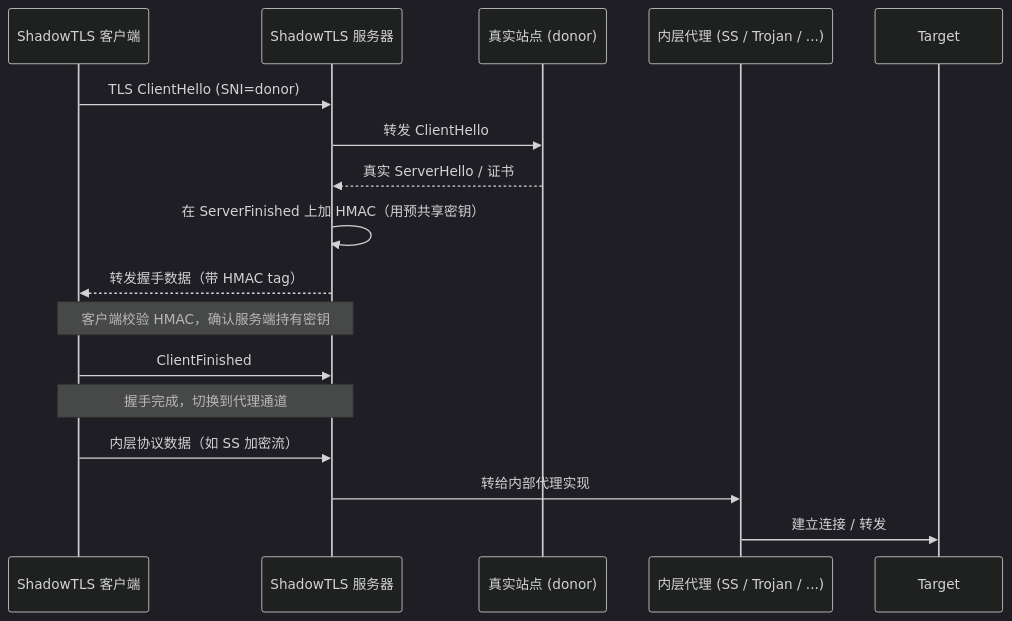
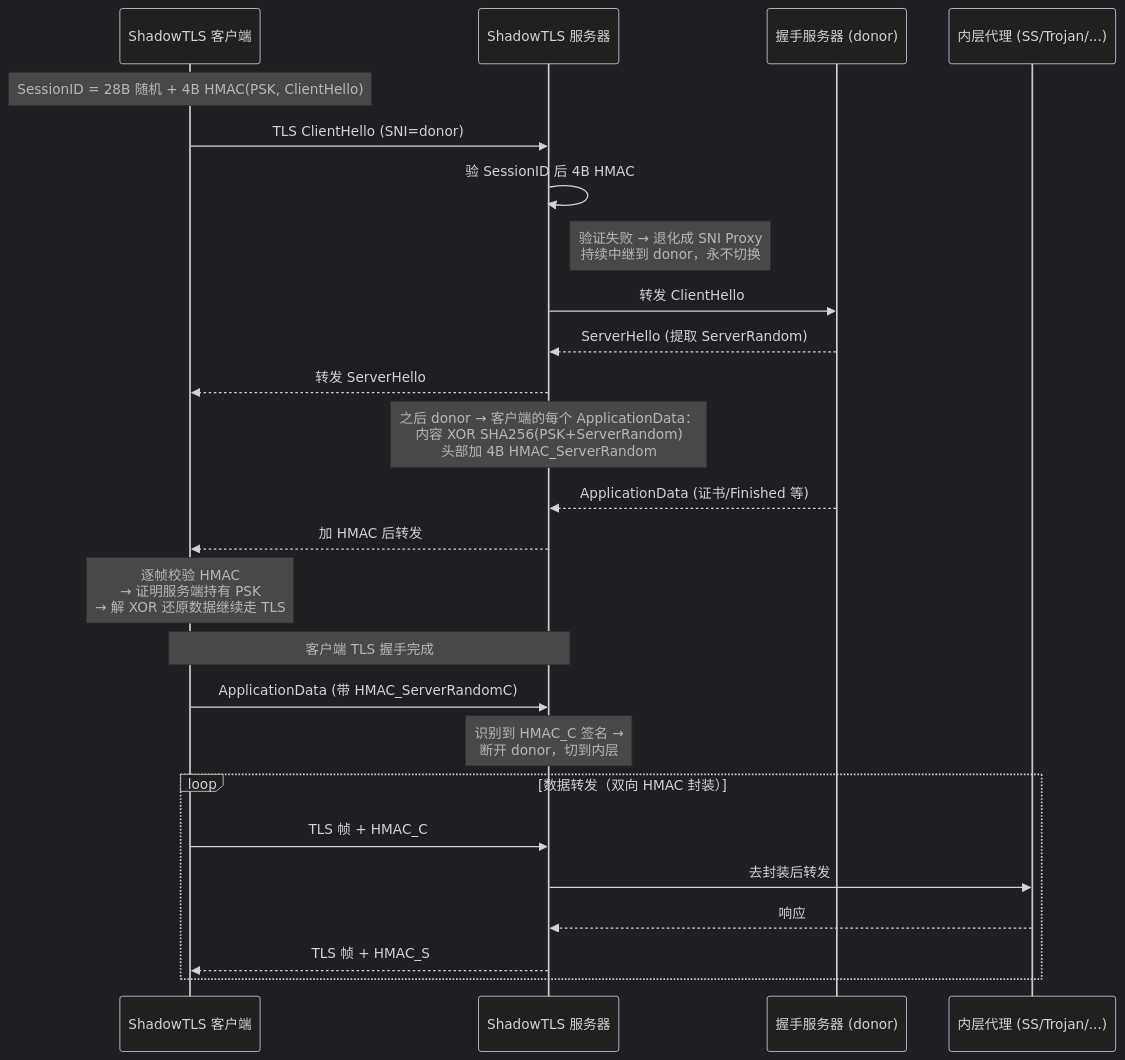
One commit to asukaonly/asukaonly.github.io changed the tenth of 12 diagrams in content/posts/other/代理协议全流程解析.md. Above: the diagram before and after it, drawn with Mermaid (dark theme). The commit also changed other lines of this file, not shown here.

````diff
--- a/content/posts/other/代理协议全流程解析.md
+++ b/content/posts/other/代理协议全流程解析.md
@@ -761,23 +780,33 @@
 ```mermaid
 sequenceDiagram
     participant Local as ShadowTLS 客户端
     participant Remote as ShadowTLS 服务器
-    participant Donor as 真实站点 (donor)
-    participant Inner as 内层代理 (SS / Trojan / ...)
+    participant Donor as 握手服务器 (donor)
+    participant Inner as 内层代理 (SS/Trojan/...)
 
+    Note over Local: SessionID = 28B 随机 + 4B HMAC(PSK, ClientHello)
     Local->>Remote: TLS ClientHello (SNI=donor)
+    Remote->>Remote: 验 SessionID 后 4B HMAC
+    Note right of Remote: 验证失败 → 退化成 SNI Proxy<br/>持续中继到 donor，永不切换
     Remote->>Donor: 转发 ClientHello
-    Donor-->>Remote: 真实 ServerHello / 证书
-    Remote->>Remote: 在 ServerFinished 上加 HMAC（用预共享密钥）
-    Remote-->>Local: 转发握手数据（带 HMAC tag）
+    Donor-->>Remote: ServerHello (提取 ServerRandom)
+    Remote-->>Local: 转发 ServerHello
 
-    Note over Local,Remote: 客户端校验 HMAC，确认服务端持有密钥
+    Note over Remote: 之后 donor → 客户端的每个 ApplicationData：<br/>内容 XOR SHA256(PSK+ServerRandom)<br/>头部加 4B HMAC_ServerRandom
+    Donor-->>Remote: ApplicationData (证书/Finished 等)
+    Remote-->>Local: 加 HMAC 后转发
 
-    Local->>Remote: ClientFinished
+    Note over Local: 逐帧校验 HMAC<br/>→ 证明服务端持有 PSK<br/>→ 解 XOR 还原数据继续走 TLS
 
-    Note over Local,Remote: 握手完成，切换到代理通道
+    Note over Local,Remote: 客户端 TLS 握手完成
 
-    Local->>Remote: 内层协议数据（如 SS 加密流）
-    Remote->>Inner: 转给内部代理实现
-    Inner->>Target: 建立连接 / 转发
+    Local->>Remote: ApplicationData (带 HMAC_ServerRandomC)
+    Note over Remote: 识别到 HMAC_C 签名 →<br/>断开 donor，切到内层
+
+    loop 数据转发（双向 HMAC 封装）
+        Local->>Remote: TLS 帧 + HMAC_C
+        Remote->>Inner: 去封装后转发
+        Inner-->>Remote: 响应
+        Remote-->>Local: TLS 帧 + HMAC_S
+    end
 ```
````
